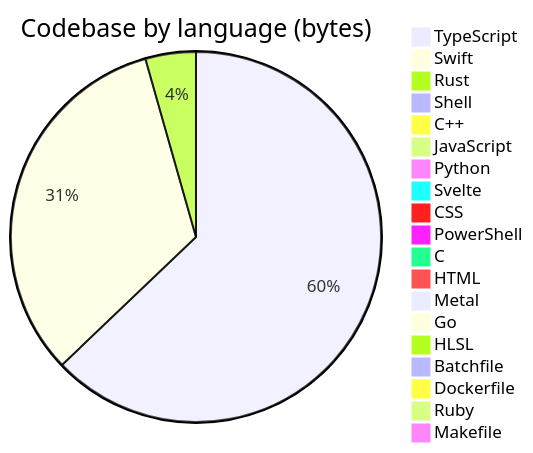
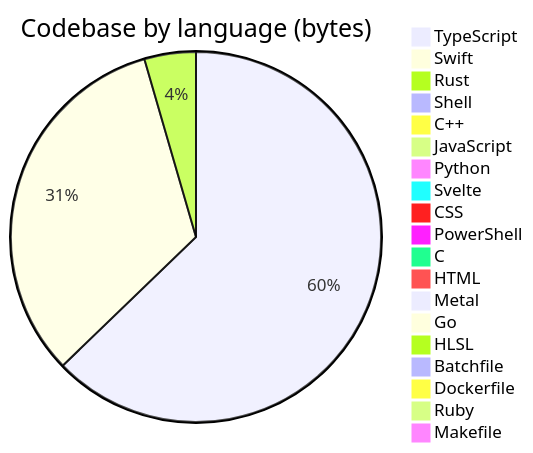
One commit to Open330/.github changed the diagram in profile/README.md. Above: the diagram before and after it, drawn with Mermaid. The commit also changed other lines of this file, not shown here.

````diff
--- a/profile/README.md
+++ b/profile/README.md
@@ -130,22 +130,22 @@
 ```mermaid
 pie title Codebase by language (bytes)
     "TypeScript" : 34474664
-    "Swift" : 17948017
-    "Rust" : 2414384
-    "Shell" : 489136
+    "Swift" : 17968895
+    "Rust" : 2467937
+    "Shell" : 500149
     "C++" : 388775
     "JavaScript" : 368493
-    "Python" : 320514
+    "Python" : 329808
     "Svelte" : 143451
     "CSS" : 142903
     "PowerShell" : 128198
     "C" : 114143
     "HTML" : 50085
     "Metal" : 33033
     "Go" : 22811
     "HLSL" : 7527
     "Batchfile" : 5870
     "Dockerfile" : 4893
     "Ruby" : 1554
     "Makefile" : 1150
 ```
````
